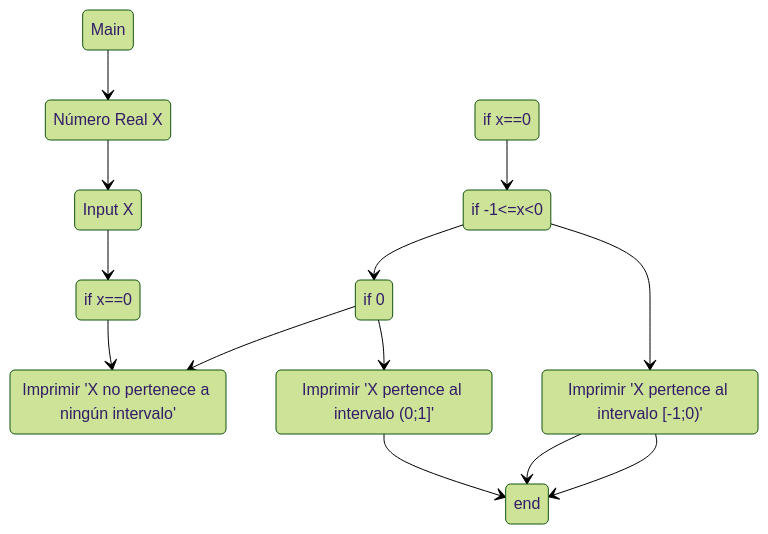
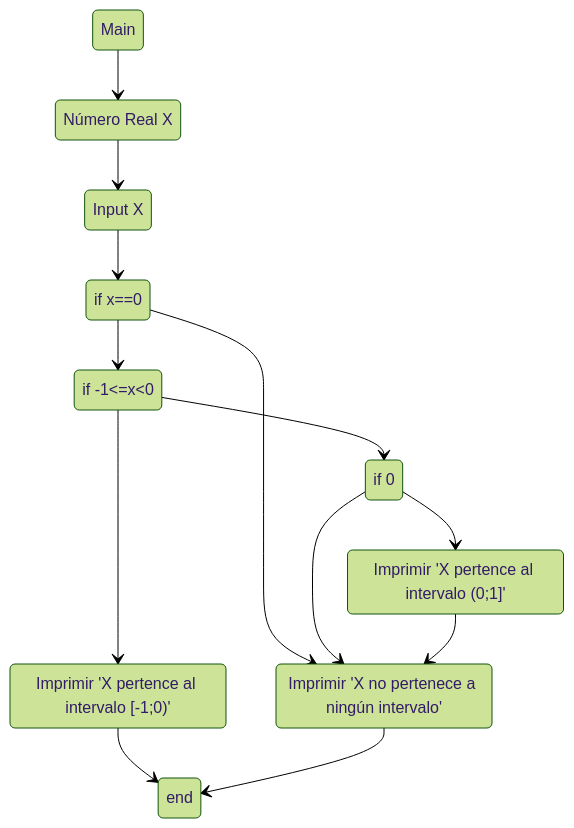
The diagram in Ejercicios/2.md (ValentinJM/TP-8), drawn with Mermaid (forest theme) before and after one commit.

````diff
--- a/Ejercicios/2.md
+++ b/Ejercicios/2.md
@@ -3,24 +3,23 @@
 ```mermaid
 stateDiagram-v2
 state "Número Real X" as A
 state "Input X" as B
 state "if x==0" as C
 state "Imprimir 'X no pertenece a ningún intervalo'" as D
-state "if x==0" as E
-state "if -1<=x<0" as F
-state "Imprimir 'X pertence al intervalo [-1;0)'" as G
-state "if 0<x<=1" as H
-state "Imprimir 'X pertence al intervalo (0;1]'" as I
+state "if -1<=x<0" as E
+state "Imprimir 'X pertence al intervalo [-1;0)'" as F
+state "if 0<x<=1" as G
+state "Imprimir 'X pertence al intervalo (0;1]'" as H
     Main --> A
     A --> B
     B --> C
     C --> D
+    C --> E
     E --> F
-    F --> G
-    G --> end
-    F --> H
-   H --> I
-    I--> end
+    E --> G
+    G --> H
+    G --> D
+    F --> end
     H --> D
-    G --> end
+    D --> end
 ```
````
